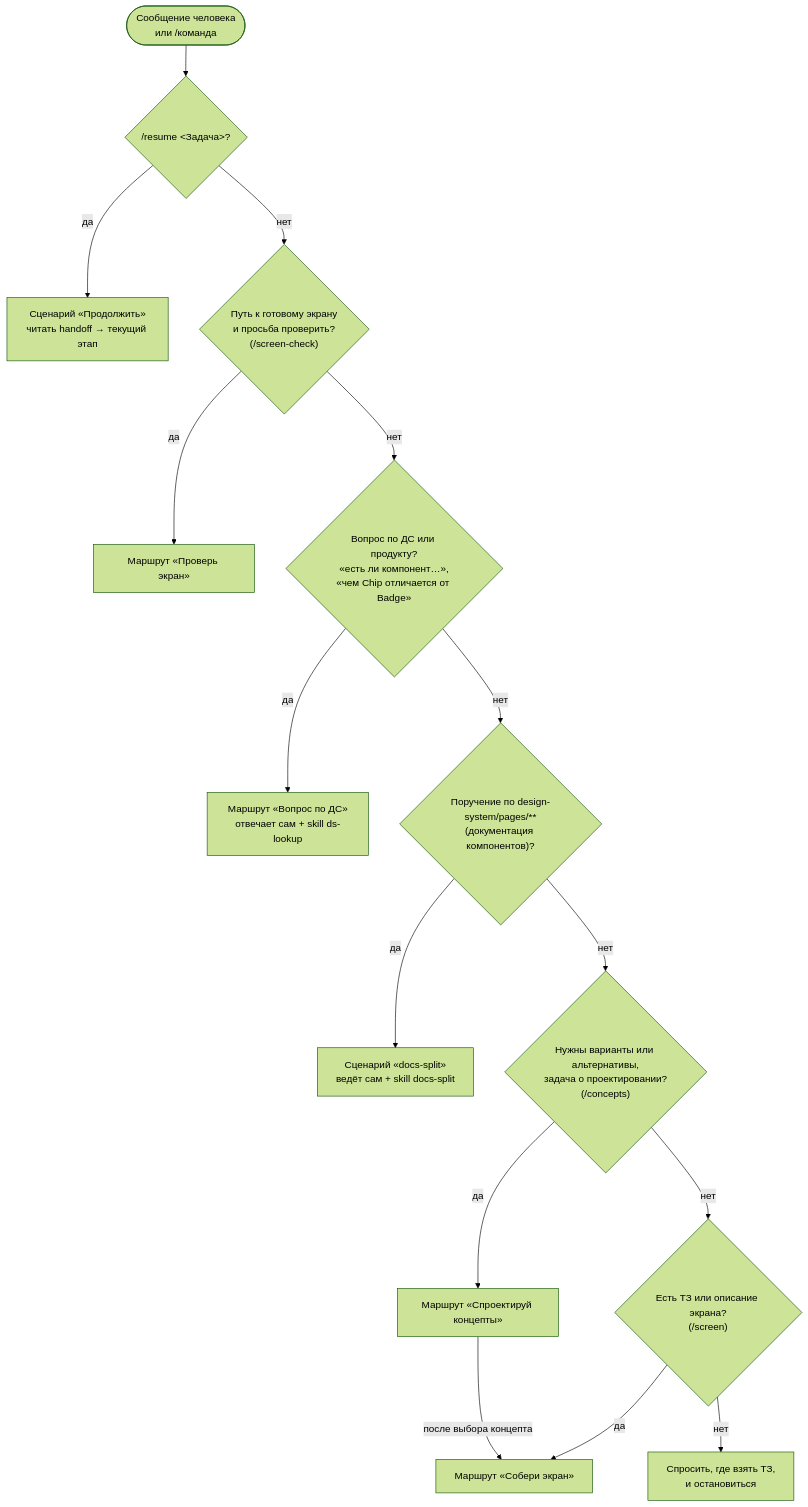
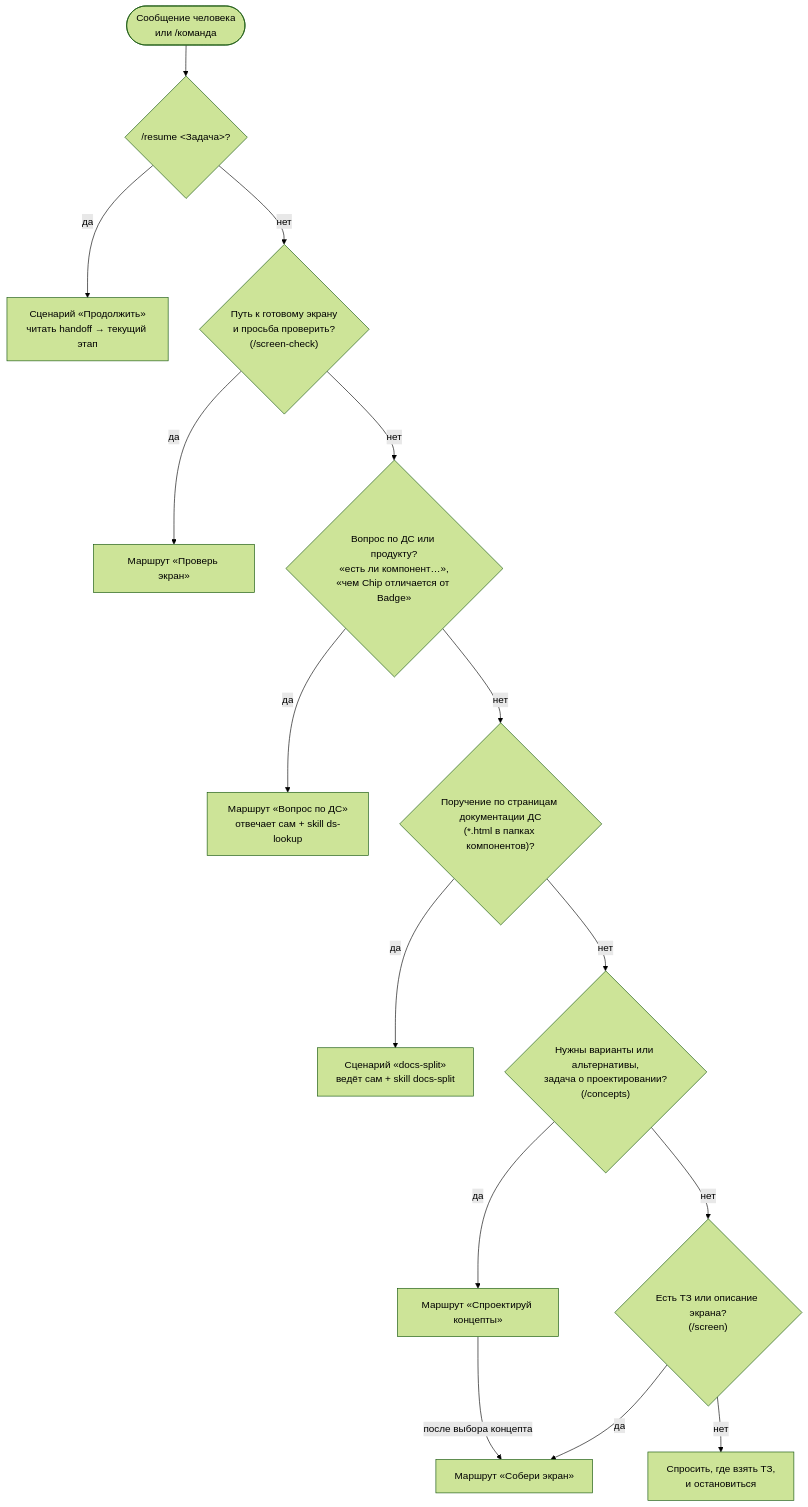
The second of 4 diagrams in .agents/README.md (sarosekml/ibp-design-project), drawn with Mermaid (forest theme) before and after one commit. The commit also changed other lines of this file and 329 other files, not shown here.

````diff
--- a/.agents/README.md
+++ b/.agents/README.md
@@ -223,18 +223,18 @@
 ```mermaid
 flowchart TD
     IN(["Сообщение человека<br/>или /команда"]) --> RESUME{"/resume &lt;Задача&gt;?"}
     RESUME -- да --> R_RES["Сценарий «Продолжить»<br/>читать handoff → текущий этап"]
     RESUME -- нет --> Q1{"Путь к готовому экрану<br/>и просьба проверить?<br/>(/screen-check)"}
     Q1 -- да --> R_CHECK["Маршрут «Проверь экран»"]
     Q1 -- нет --> Q2{"Вопрос по ДС или продукту?<br/>«есть ли компонент…»,<br/>«чем Chip отличается от Badge»"}
     Q2 -- да --> R_ASK["Маршрут «Вопрос по ДС»<br/>отвечает сам + skill ds-lookup"]
-    Q2 -- нет --> Q3{"Поручение по design-system/pages/**<br/>(документация компонентов)?"}
+    Q2 -- нет --> Q3{"Поручение по страницам документации ДС<br/>(*.html в папках компонентов)?"}
     Q3 -- да --> R_DOCS["Сценарий «docs-split»<br/>ведёт сам + skill docs-split"]
     Q3 -- нет --> Q4{"Нужны варианты или альтернативы,<br/>задача о проектировании?<br/>(/concepts)"}
     Q4 -- да --> R_CONC["Маршрут «Спроектируй концепты»"]
     Q4 -- нет --> Q6{"Есть ТЗ или описание экрана?<br/>(/screen)"}
     Q6 -- да --> R_BUILD["Маршрут «Собери экран»"]
     Q6 -- нет --> ASK["Спросить, где взять ТЗ,<br/>и остановиться"]
 
     R_CONC -- "после выбора концепта" --> R_BUILD
 ```
````
